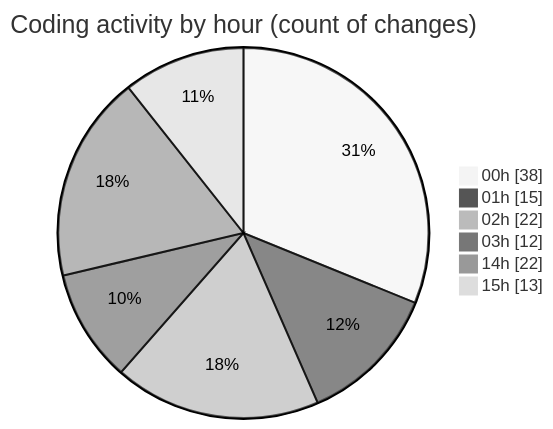
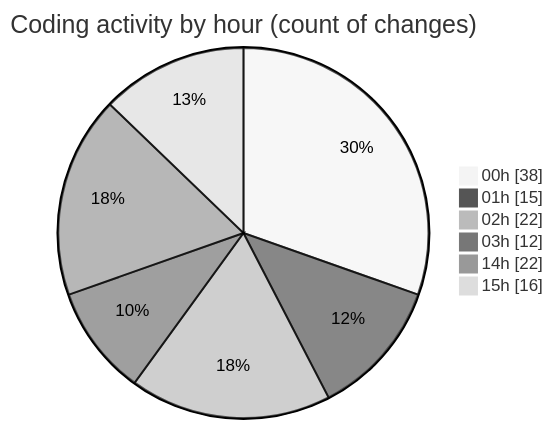
Before and after one commit to donsfak/code-tracking: the second of 2 diagrams in 2025-03-08/uber_clone/README.md, drawn with Mermaid (neutral theme). The commit also changed other lines of this file and 1 other file, not shown here.

````diff
--- a/2025-03-08/uber_clone/README.md
+++ b/2025-03-08/uber_clone/README.md
@@ -34,10 +36,10 @@
 ```mermaid
 pie showData
 title Coding activity by hour (count of changes)
 "00h" : 38
 "01h" : 15
 "02h" : 22
 "03h" : 12
 "14h" : 22
-"15h" : 13
+"15h" : 16
 ```
````
